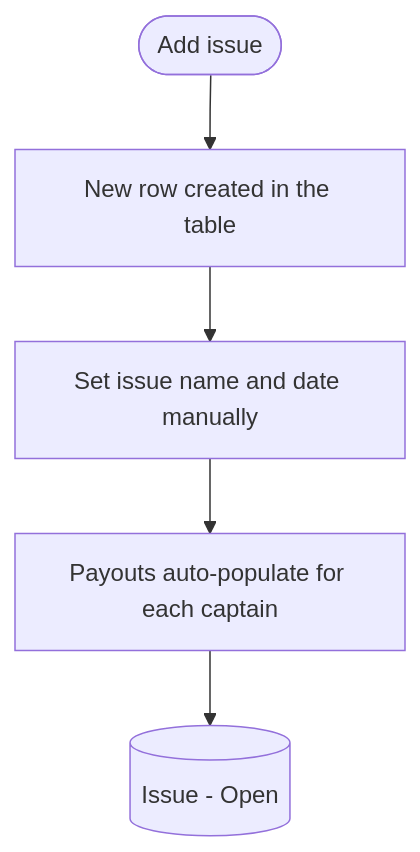
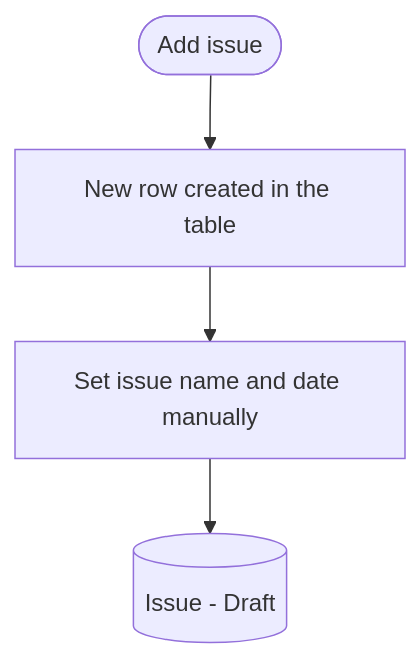
The fifth of 10 diagrams in docs/finances_flow_v1.md (uwblueprint/beach-metro), drawn with Mermaid before and after one commit. The commit also changed other lines of this file, not shown here.

````diff
--- a/docs/finances_flow_v1.md
+++ b/docs/finances_flow_v1.md
@@ -102,7 +113,6 @@
 ```mermaid
 flowchart TD
     Start([Add issue]) --> Row[New row created in the table]
     Row --> NameDate[Set issue name and date manually]
-    NameDate --> Calc[Payouts auto-populate for each captain]
-    Calc --> Open[(Issue - Open)]
+    NameDate --> Draft[(Issue - Draft)]
 ```
````
